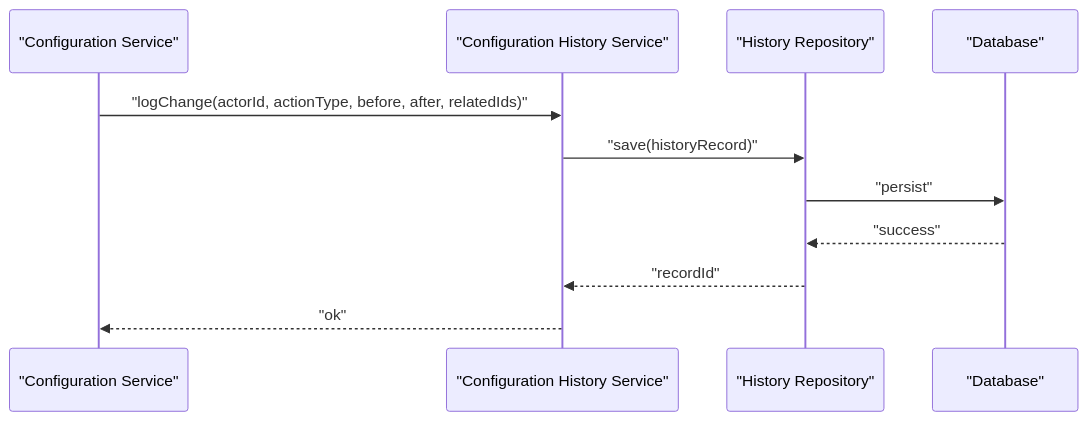
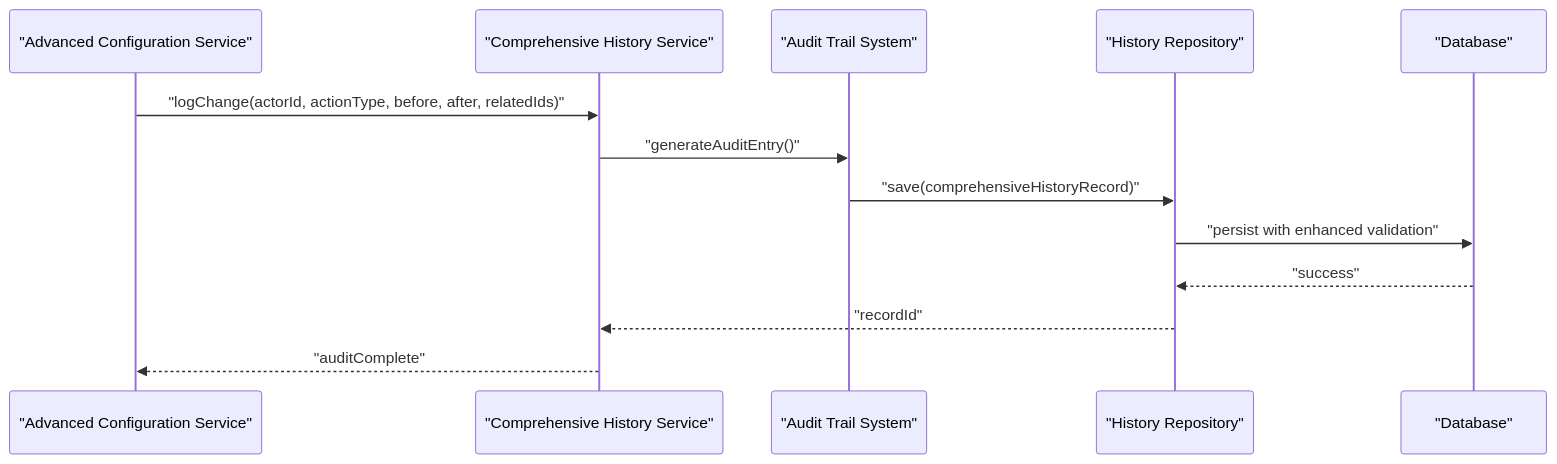
Before and after one commit to franckylab/eLISAschool: the eighth of 9 diagrams in .qoder/repowiki/en/content/Modules & Features/Administrative Modules/Institutional Configuration.md, drawn with Mermaid. The commit also changed other lines of this file and 155 other files, not shown here.

````diff
--- a/.qoder/repowiki/en/content/Modules & Features/Administrative Modules/Institutional Configuration.md
+++ b/.qoder/repowiki/en/content/Modules & Features/Administrative Modules/Institutional Configuration.md
@@ -375,13 +424,15 @@
 ```mermaid
 sequenceDiagram
-participant Service as "Configuration Service"
-participant History as "Configuration History Service"
+participant Service as "Advanced Configuration Service"
+participant History as "Comprehensive History Service"
+participant Audit as "Audit Trail System"
 participant Repo as "History Repository"
 participant DB as "Database"
 Service->>History : "logChange(actorId, actionType, before, after, relatedIds)"
-History->>Repo : "save(historyRecord)"
-Repo->>DB : "persist"
+History->>Audit : "generateAuditEntry()"
+Audit->>Repo : "save(comprehensiveHistoryRecord)"
+Repo->>DB : "persist with enhanced validation"
 DB-->>Repo : "success"
 Repo-->>History : "recordId"
-History-->>Service : "ok"
+History-->>Service : "auditComplete"
 ```
````
